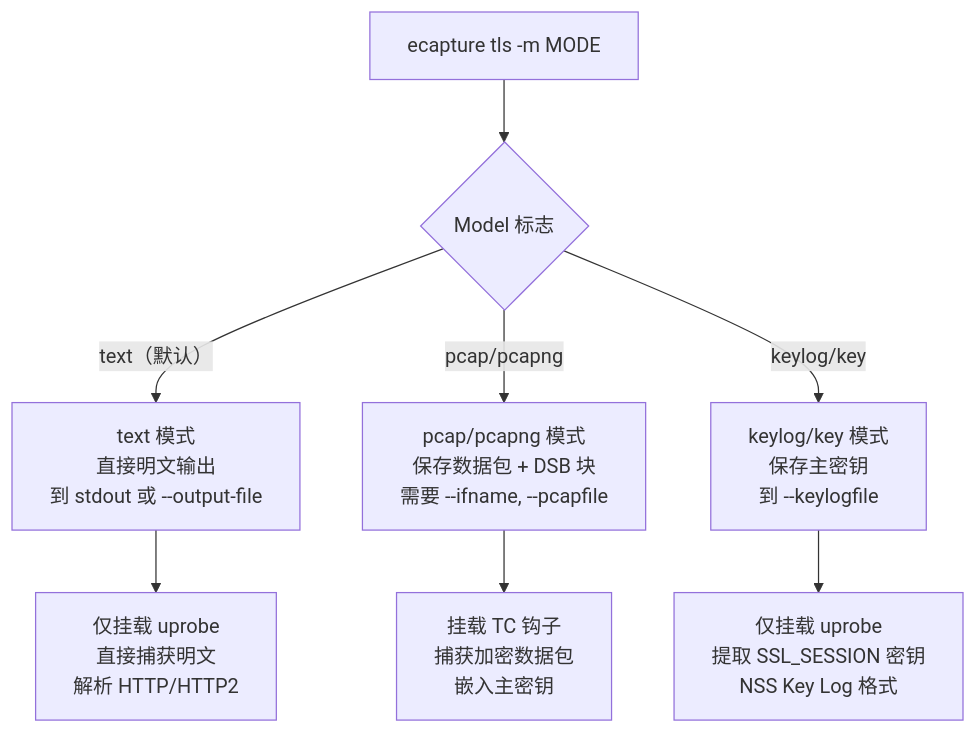
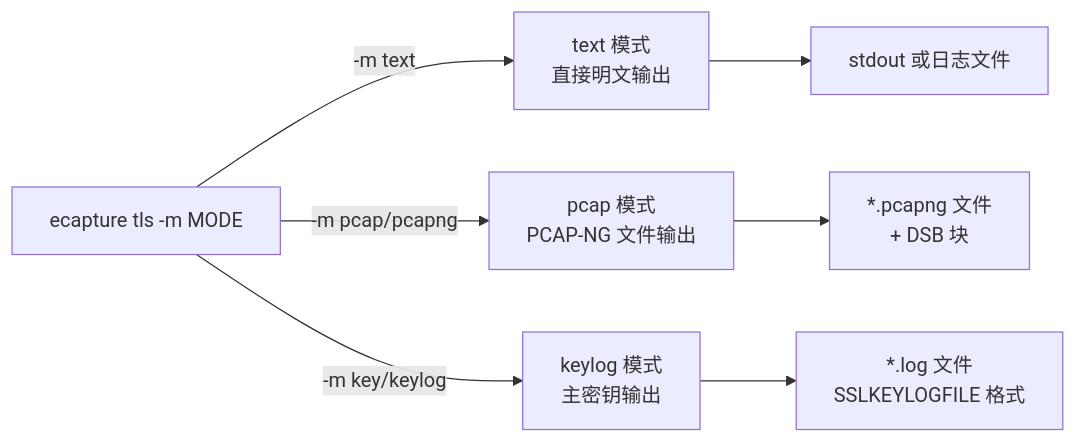
The third of 5 diagrams in src/zh/1-overview/1.2-command-line-interface.md (gojue/ecapture.cc), drawn with Mermaid before and after one commit. The commit also changed other lines of this file and 70 other files, not shown here.

Commit message:
feat: update sidebar and navigation links for architecture and shell command auditing sections

````diff
--- a/src/zh/1-overview/1.2-command-line-interface.md
+++ b/src/zh/1-overview/1.2-command-line-interface.md
@@ -197,19 +132,15 @@
 ```mermaid
-graph TB
-    Start["ecapture tls -m MODE"]
+graph LR
+    TLS_CMD["ecapture tls -m MODE"]
+    TEXT["text 模式<br/>直接明文输出"]
+    PCAP["pcap 模式<br/>PCAP-NG 文件输出"]
+    KEYLOG["keylog 模式<br/>主密钥输出"]
     
-    CheckMode{"Model 标志"}
+    TLS_CMD -->|"-m text"| TEXT
+    TLS_CMD -->|"-m pcap/pcapng"| PCAP
+    TLS_CMD -->|"-m key/keylog"| KEYLOG
     
-    TextMode["text 模式<br/>直接明文输出<br/>到 stdout 或 --output-file"]
-    PcapMode["pcap/pcapng 模式<br/>保存数据包 + DSB 块<br/>需要 --ifname, --pcapfile"]
-    KeylogMode["keylog/key 模式<br/>保存主密钥<br/>到 --keylogfile"]
-    
-    Start --> CheckMode
-    CheckMode -->|"text（默认）"| TextMode
-    CheckMode -->|"pcap/pcapng"| PcapMode
-    CheckMode -->|"keylog/key"| KeylogMode
-    
-    PcapMode --> TCHook["挂载 TC 钩子<br/>捕获加密数据包<br/>嵌入主密钥"]
-    KeylogMode --> UprobeOnly["仅挂载 uprobe<br/>提取 SSL_SESSION 密钥<br/>NSS Key Log 格式"]
-    TextMode --> UprobeText["仅挂载 uprobe<br/>直接捕获明文<br/>解析 HTTP/HTTP2"]
+    TEXT --> TEXT_OUT["stdout 或日志文件"]
+    PCAP --> PCAP_OUT["*.pcapng 文件<br/>+ DSB 块"]
+    KEYLOG --> KEY_OUT["*.log 文件<br/>SSLKEYLOGFILE 格式"]
 ```
````
